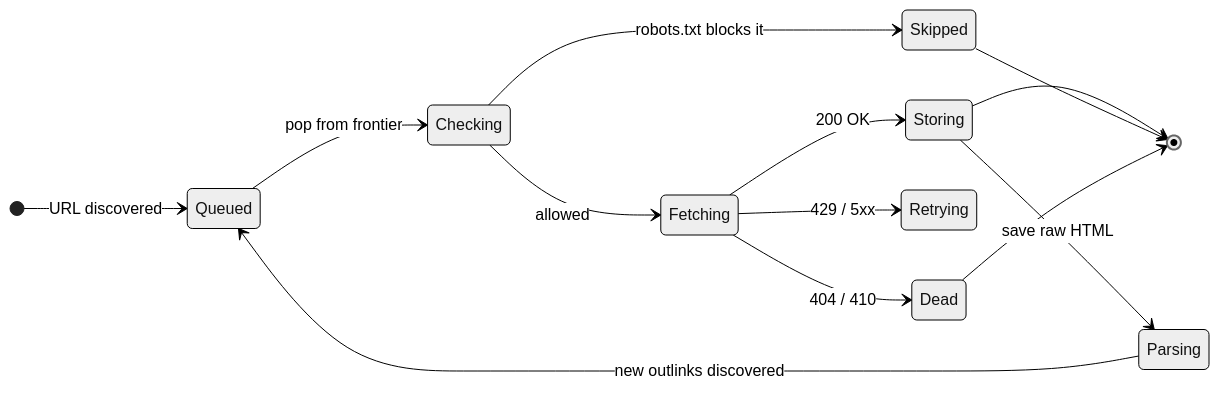
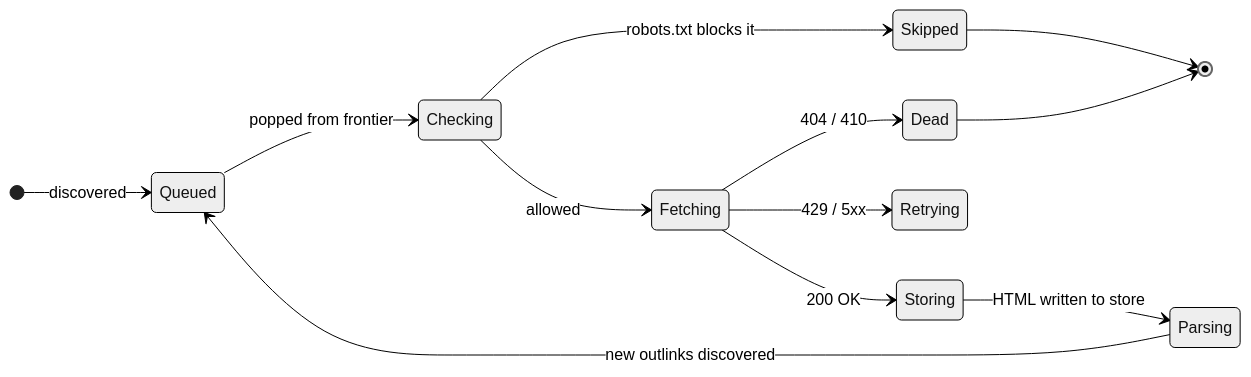
The first of 9 diagrams in problems/008-web-crawler/question.md (shiningflash/system-design), drawn with Mermaid (neutral theme) before and after one commit. The commit also changed other lines of this file and 37 other files, not shown here.

````diff
--- a/problems/008-web-crawler/question.md
+++ b/problems/008-web-crawler/question.md
@@ -43,16 +29,15 @@
 ```mermaid
 stateDiagram-v2
     direction LR
-    [*] --> Queued: URL discovered
-    Queued --> Checking: pop from frontier
+    [*] --> Queued: discovered
+    Queued --> Checking: popped from frontier
     Checking --> Skipped: robots.txt blocks it
     Checking --> Fetching: allowed
     Fetching --> Storing: 200 OK
     Fetching --> Retrying: 429 / 5xx
     Fetching --> Dead: 404 / 410
-    Storing --> Parsing: save raw HTML
+    Storing --> Parsing: HTML written to store
     Parsing --> Queued: new outlinks discovered
-    Storing --> [*]
     Skipped --> [*]
     Dead --> [*]
 ```
````
